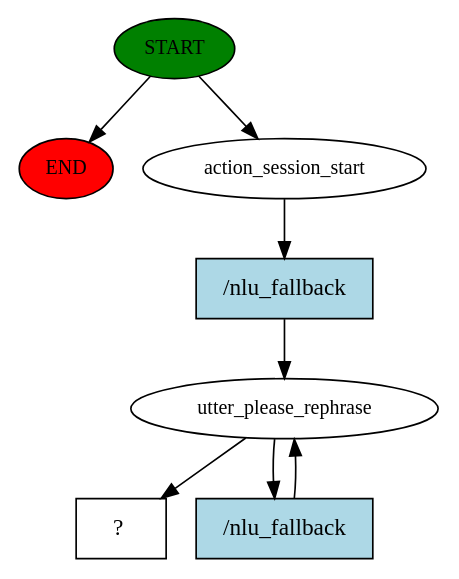
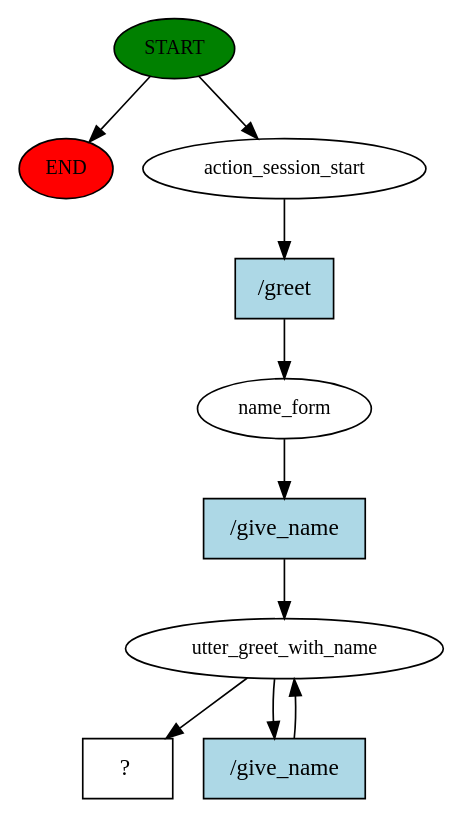
The diagram in story_graph.dot (top1808/chatbot-fashion), drawn with Graphviz before and after one commit. The commit also changed 15 other files, not shown here.

```diff
--- a/story_graph.dot
+++ b/story_graph.dot
@@ -1,16 +1,20 @@
 digraph  {
 0 [class="start active", fillcolor=green, fontsize=12, label=START, style=filled];
 "-1" [class=end, fillcolor=red, fontsize=12, label=END, style=filled];
 1 [class=active, fontsize=12, label=action_session_start];
-2 [class=active, fontsize=12, label=utter_please_rephrase];
-4 [class="intent dashed active", label="  ?  ", shape=rect];
-5 [class="intent active", fillcolor=lightblue, label="/nlu_fallback", shape=rect, style=filled];
-6 [class="intent active", fillcolor=lightblue, label="/nlu_fallback", shape=rect, style=filled];
+2 [class=active, fontsize=12, label=name_form];
+3 [class=active, fontsize=12, label=utter_greet_with_name];
+5 [class="intent dashed active", label="  ?  ", shape=rect];
+6 [class="intent active", fillcolor=lightblue, label="/greet", shape=rect, style=filled];
+7 [class="intent active", fillcolor=lightblue, label="/give_name", shape=rect, style=filled];
+8 [class="intent active", fillcolor=lightblue, label="/give_name", shape=rect, style=filled];
 0 -> "-1"  [class="", key=NONE, label=""];
 0 -> 1  [class=active, key=NONE, label=""];
-1 -> 5  [class=active, key=0];
-2 -> 4  [class=active, key=NONE, label=""];
-2 -> 6  [class=active, key=0];
-5 -> 2  [class=active, key=0];
+1 -> 6  [class=active, key=0];
+2 -> 7  [class=active, key=0];
+3 -> 5  [class=active, key=NONE, label=""];
+3 -> 8  [class=active, key=0];
 6 -> 2  [class=active, key=0];
+7 -> 3  [class=active, key=0];
+8 -> 3  [class=active, key=0];
 }
```
